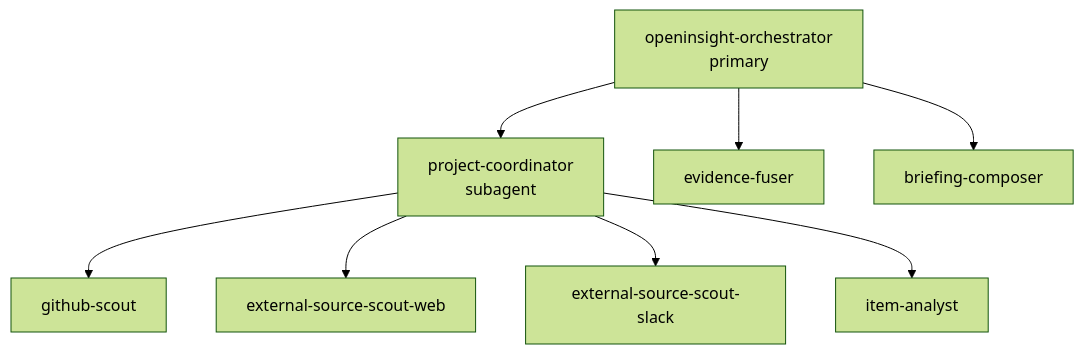
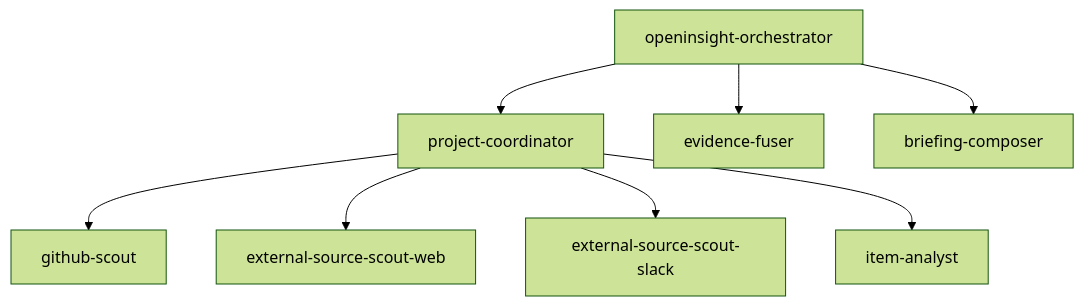
The diagram in docs/multiagent.md (cosdt/OpenInsight), drawn with Mermaid (forest theme) before and after one commit. The commit also changed other lines of this file and 17 other files, not shown here.

````diff
--- a/docs/multiagent.md
+++ b/docs/multiagent.md
@@ -77,19 +29,11 @@
 ```mermaid
 flowchart TD
-    O[openinsight-orchestrator\nprimary]
-    P[project-coordinator\nsubagent]
-    G[github-scout]
-    W[external-source-scout-web]
-    S[external-source-scout-slack]
-    I[item-analyst]
-    F[evidence-fuser]
-    C[briefing-composer]
+    O[openinsight-orchestrator] --> P1[project-coordinator]
+    O --> P2[evidence-fuser]
+    O --> P3[briefing-composer]
 
-    O --> P
-    P --> G
-    P --> W
-    P --> S
-    P --> I
-    O --> F
-    O --> C
+    P1 --> G[github-scout]
+    P1 --> W[external-source-scout-web]
+    P1 --> S[external-source-scout-slack]
+    P1 --> I[item-analyst]
 ```
````
